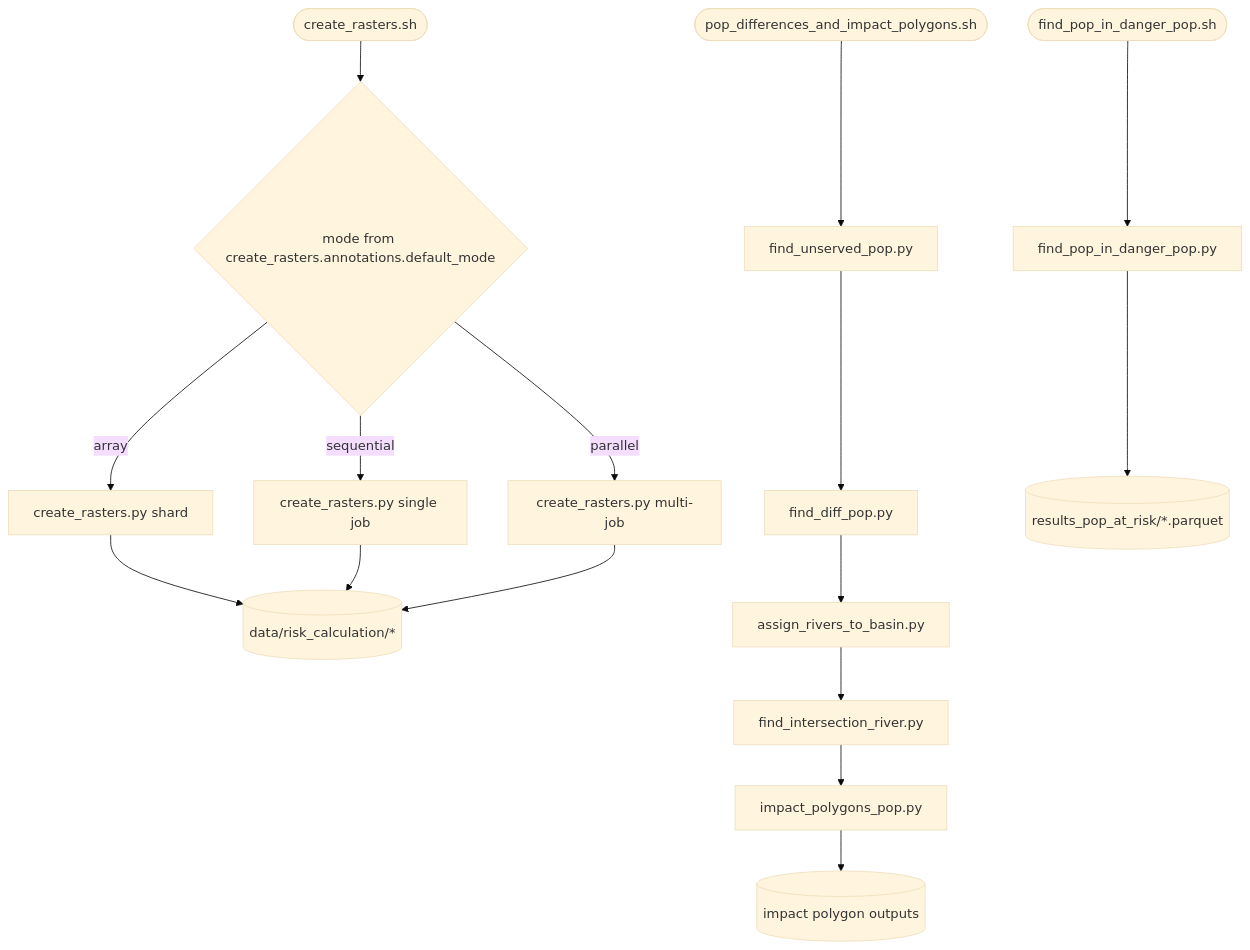
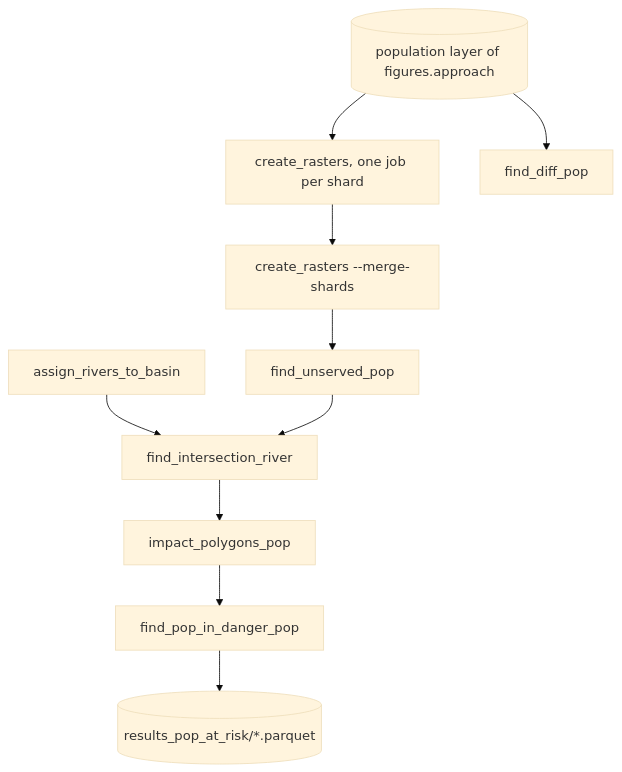
One commit to erennere/Global-WWTP-Service-Zones-and-Risk-Pipeline changed the diagram in wwtp/pop_at_risk_river_calculations/README.md. Above: the diagram before and after it, drawn with Mermaid (base theme). The commit also changed other lines of this file and 64 other files, not shown here.

````diff
--- a/wwtp/pop_at_risk_river_calculations/README.md
+++ b/wwtp/pop_at_risk_river_calculations/README.md
@@ -57,20 +47,12 @@
 ```mermaid
 graph TD
-  A([create_rasters.sh]) --> B{mode from create_rasters.annotations.default_mode}
-  B -->|array| C[create_rasters.py shard]
-  B -->|sequential| D[create_rasters.py single job]
-  B -->|parallel| E[create_rasters.py multi-job]
-  C --> F[(data/risk_calculation/*)]
-  D --> F
-  E --> F
-
-  G([pop_differences_and_impact_polygons.sh]) --> H[find_unserved_pop.py]
-  H --> I[find_diff_pop.py]
-  I --> J[assign_rivers_to_basin.py]
-  J --> K[find_intersection_river.py]
-  K --> L[impact_polygons_pop.py]
-  L --> M[(impact polygon outputs)]
-
-  N([find_pop_in_danger_pop.sh]) --> O[find_pop_in_danger_pop.py]
+  A[(population layer of figures.approach)] --> B[create_rasters, one job per shard]
+  B --> C[create_rasters --merge-shards]
+  C --> H[find_unserved_pop]
+  A --> I[find_diff_pop]
+  J[assign_rivers_to_basin] --> K[find_intersection_river]
+  H --> K
+  K --> L[impact_polygons_pop]
+  L --> O[find_pop_in_danger_pop]
   O --> P[(results_pop_at_risk/*.parquet)]
 ```
````
